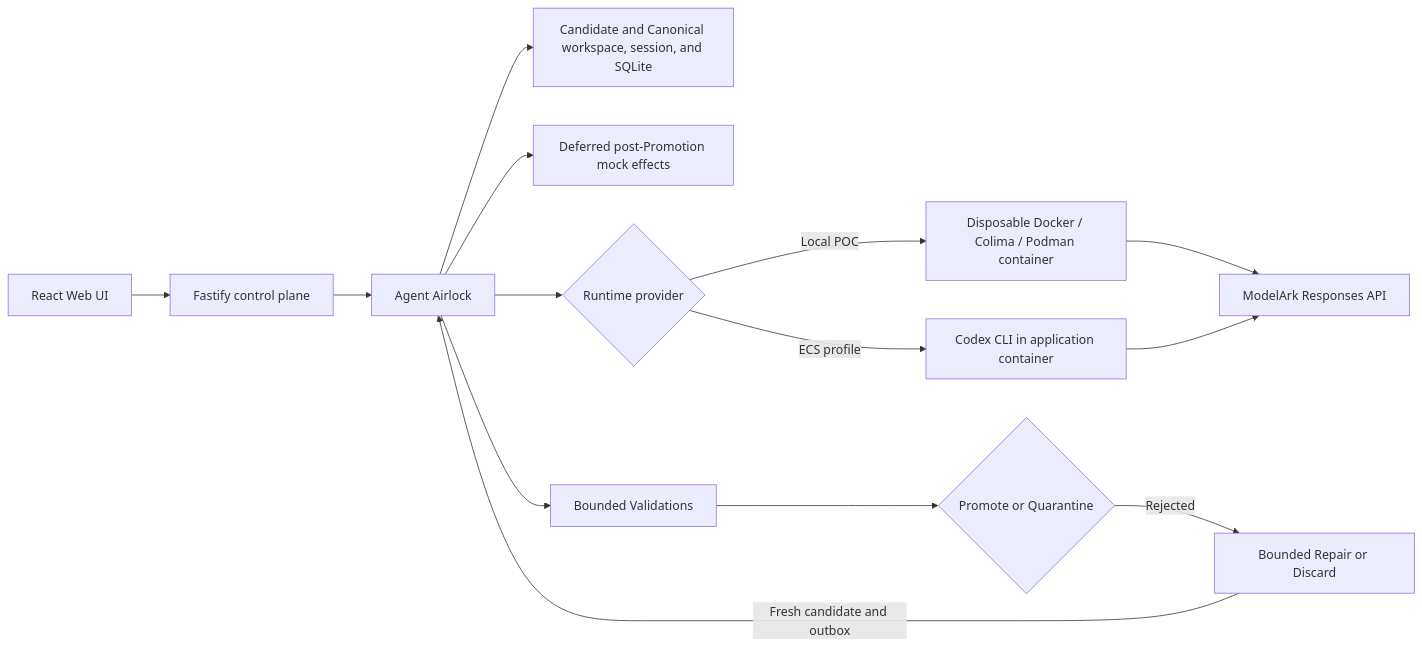
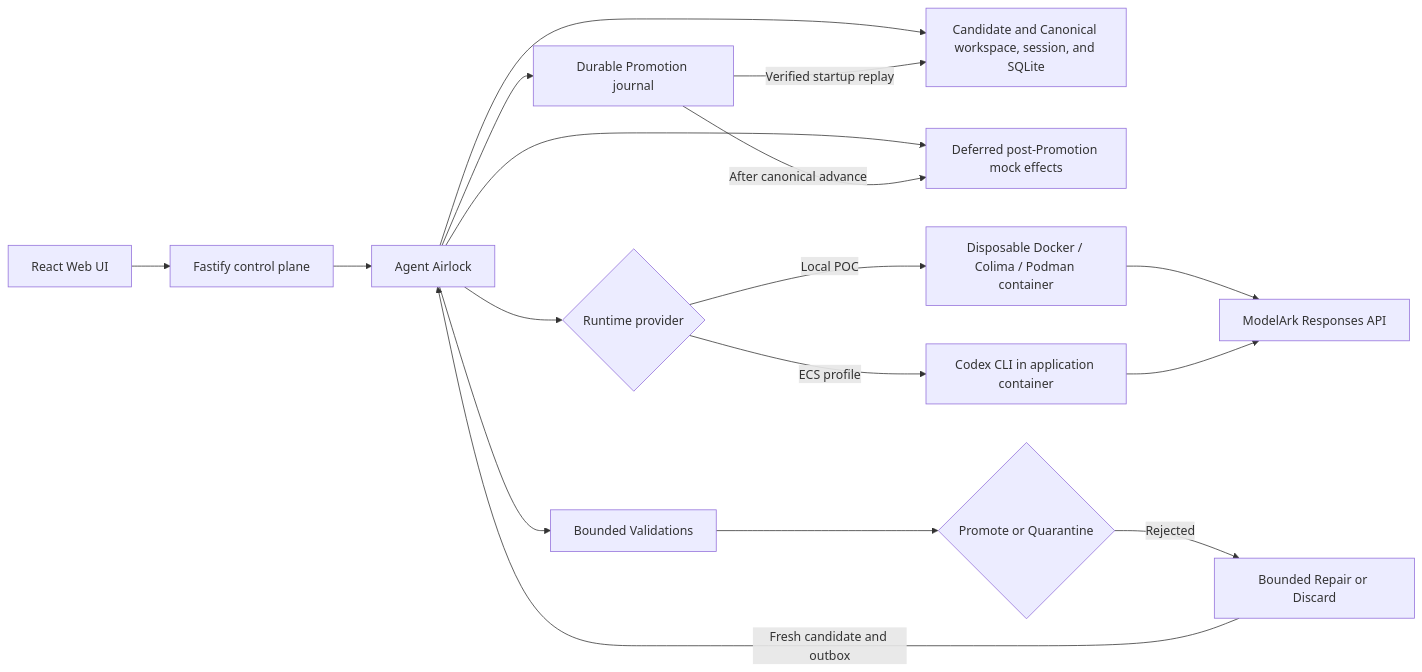
Before and after one commit to Kk120306/agent-airlock: the diagram in README.md, drawn with Mermaid. The commit also changed other lines of this file and 26 other files, not shown here.

````diff
--- a/README.md
+++ b/README.md
@@ -231,16 +235,19 @@
 ```mermaid
 flowchart LR
     UI["React Web UI"] --> API["Fastify control plane"]
     API --> Airlock["Agent Airlock"]
+    Airlock --> Journal["Durable Promotion journal"]
     Airlock --> Store["Candidate and Canonical workspace, session, and SQLite"]
     Airlock --> Effects["Deferred post-Promotion mock effects"]
     Airlock --> Runtime{"Runtime provider"}
     Runtime -->|Local POC| Container["Disposable Docker / Colima / Podman container"]
     Runtime -->|ECS profile| Codex["Codex CLI in application container"]
     Airlock --> Validate["Bounded Validations"]
     Validate --> Decision{"Promote or Quarantine"}
     Decision -->|Rejected| Repair["Bounded Repair or Discard"]
+    Journal -->|Verified startup replay| Store
+    Journal -->|After canonical advance| Effects
     Repair -->|Fresh candidate and outbox| Airlock
     Container --> Ark["ModelArk Responses API"]
     Codex --> Ark
 ```
````
